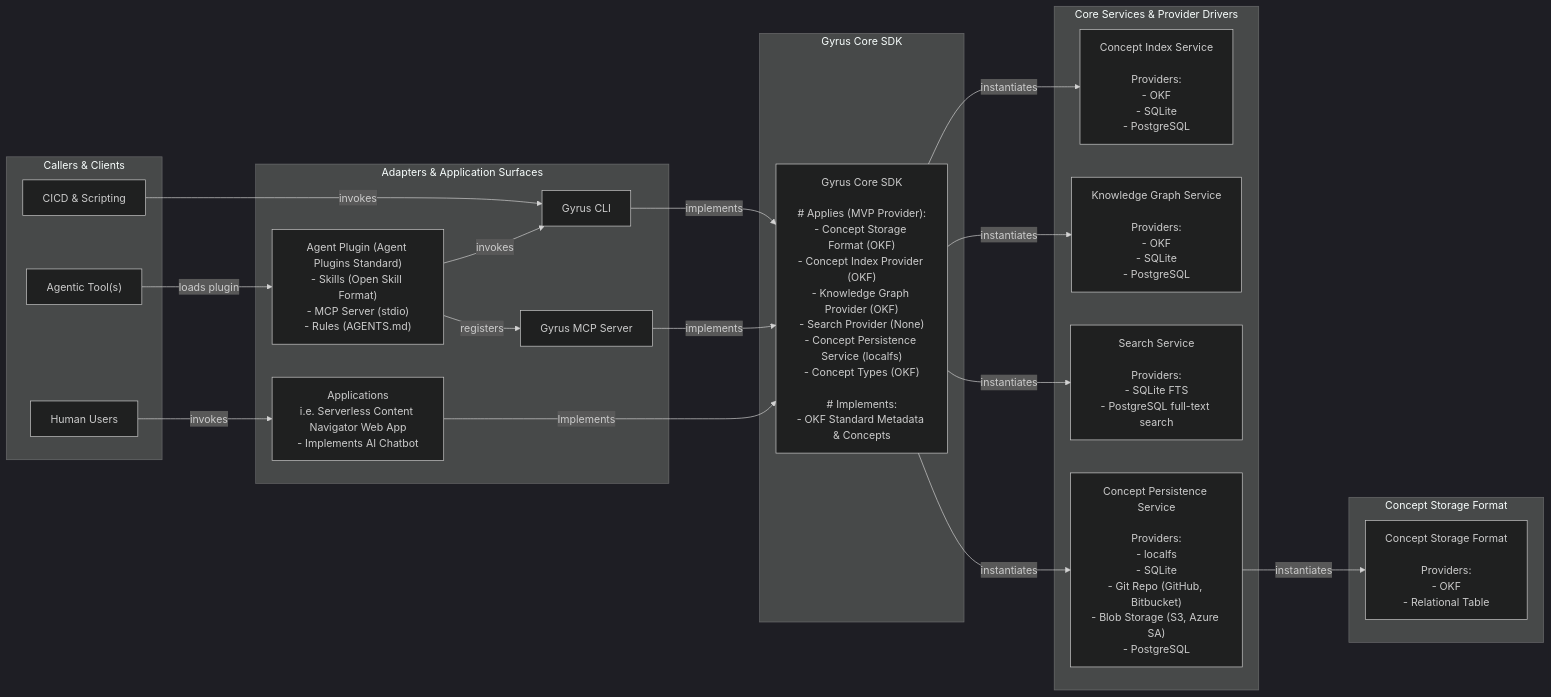
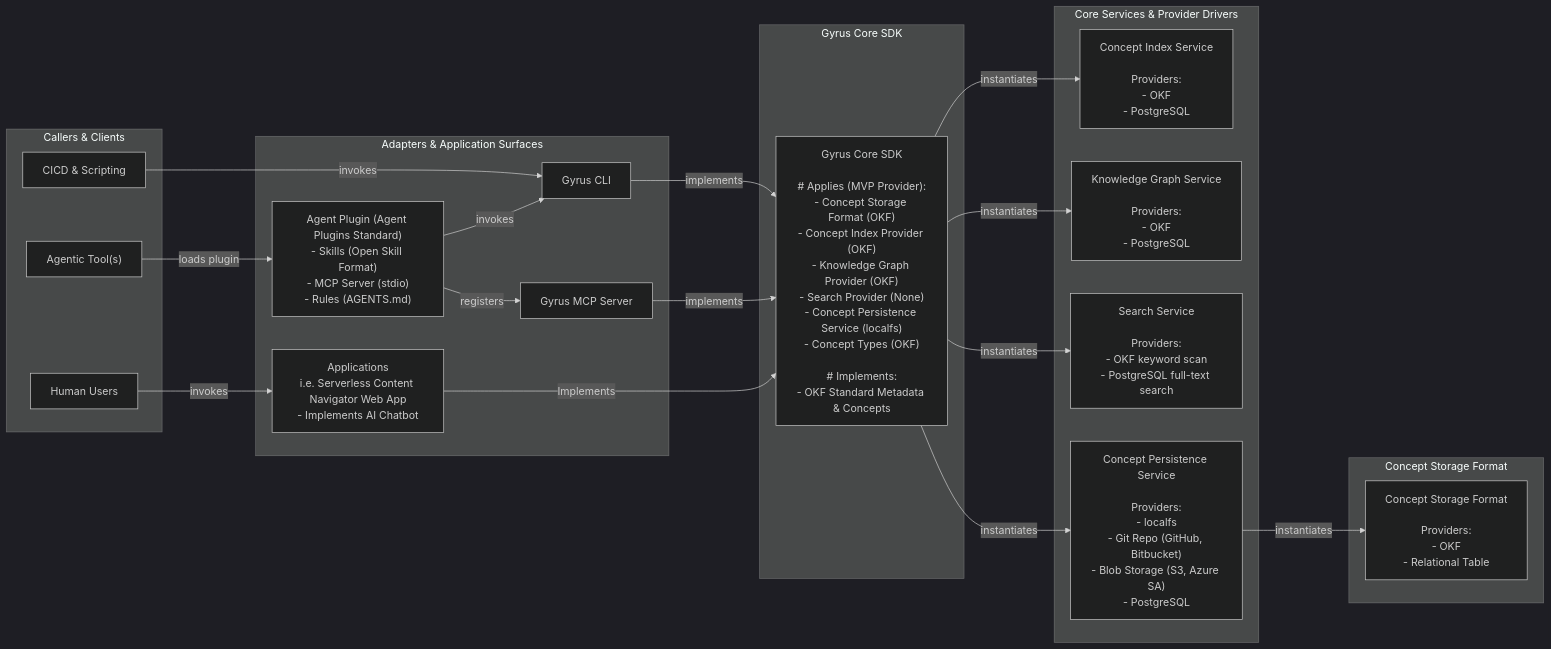
One commit to armckinney/gyrus changed the first of 3 diagrams in .gyrus/concepts/root/reference/guide-001-system-architecture.md. Above: the diagram before and after it, drawn with Mermaid (dark theme). The commit also changed other lines of this file and 232 other files, not shown here.

````diff
--- a/.gyrus/concepts/root/reference/guide-001-system-architecture.md
+++ b/.gyrus/concepts/root/reference/guide-001-system-architecture.md
@@ -24,49 +24,49 @@
 ```mermaid
 graph LR
     subgraph Clients ["Callers & Clients"]
         CICD["CICD & Scripting"]
         AgentTools["Agentic Tool(s)"]
         Humans["Human Users"]
     end
 
     subgraph Interface ["Adapters & Application Surfaces"]
         Plugin["Agent Plugin (Agent Plugins Standard)\n- Skills (Open Skill Format)\n- MCP Server (stdio)\n- Rules (AGENTS.md)"]
         CLI["Gyrus CLI"]
         MCP["Gyrus MCP Server"]
         Apps["Applications\ni.e. Serverless Content Navigator Web App\n- Implements AI Chatbot"]
     end
 
     subgraph Core ["Gyrus Core SDK"]
         CoreSDK["Gyrus Core SDK\n\n# Applies (MVP Provider):\n- Concept Storage Format (OKF)\n- Concept Index Provider (OKF)\n- Knowledge Graph Provider (OKF)\n- Search Provider (None)\n- Concept Persistence Service (localfs)\n- Concept Types (OKF)\n\n# Implements:\n- OKF Standard Metadata & Concepts"]
     end
 
     subgraph Services ["Core Services & Provider Drivers"]
-        IndexSvc["Concept Index Service\n\nProviders:\n- OKF\n- SQLite\n- PostgreSQL"]
-        GraphSvc["Knowledge Graph Service\n\nProviders:\n- OKF\n- SQLite\n- PostgreSQL"]
-        SearchSvc["Search Service\n\nProviders:\n- SQLite FTS\n- PostgreSQL full-text search"]
-        PersistSvc["Concept Persistence Service\n\nProviders:\n- localfs\n- SQLite\n- Git Repo (GitHub, Bitbucket)\n- Blob Storage (S3, Azure SA)\n- PostgreSQL"]
+        IndexSvc["Concept Index Service\n\nProviders:\n- OKF\n- PostgreSQL"]
+        GraphSvc["Knowledge Graph Service\n\nProviders:\n- OKF\n- PostgreSQL"]
+        SearchSvc["Search Service\n\nProviders:\n- OKF keyword scan\n- PostgreSQL full-text search"]
+        PersistSvc["Concept Persistence Service\n\nProviders:\n- localfs\n- Git Repo (GitHub, Bitbucket)\n- Blob Storage (S3, Azure SA)\n- PostgreSQL"]
     end
 
     subgraph Storage ["Concept Storage Format"]
         StorageFmt["Concept Storage Format\n\nProviders:\n- OKF\n- Relational Table"]
     end
 
     %% Client and Adapter Relations
     CICD -->|invokes| CLI
     AgentTools -->|loads plugin| Plugin
     Plugin -->|invokes| CLI
     Plugin -->|registers| MCP
     CLI -->|implements| CoreSDK
     MCP -->|implements| CoreSDK
     Humans -->|invokes| Apps
     Apps -->|Implements| CoreSDK
 
     %% Core SDK Services Relations
     CoreSDK -->|instantiates| IndexSvc
     CoreSDK -->|instantiates| GraphSvc
     CoreSDK -->|instantiates| SearchSvc
     CoreSDK -->|instantiates| PersistSvc
 
     %% Persistence to Storage Format
     PersistSvc -->|instantiates| StorageFmt
 ```
````
